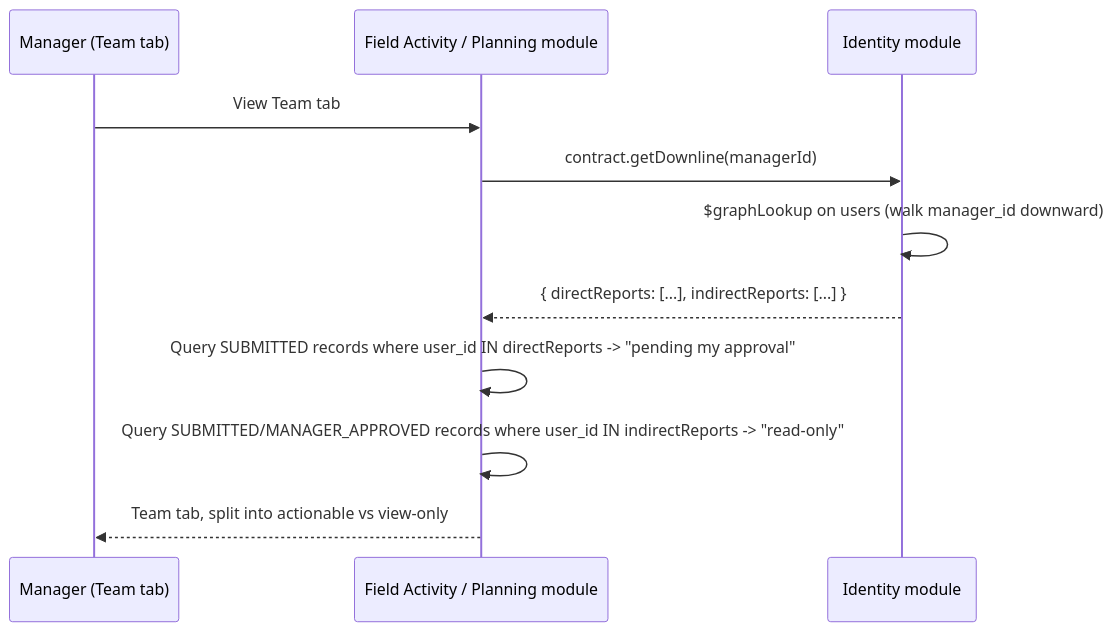
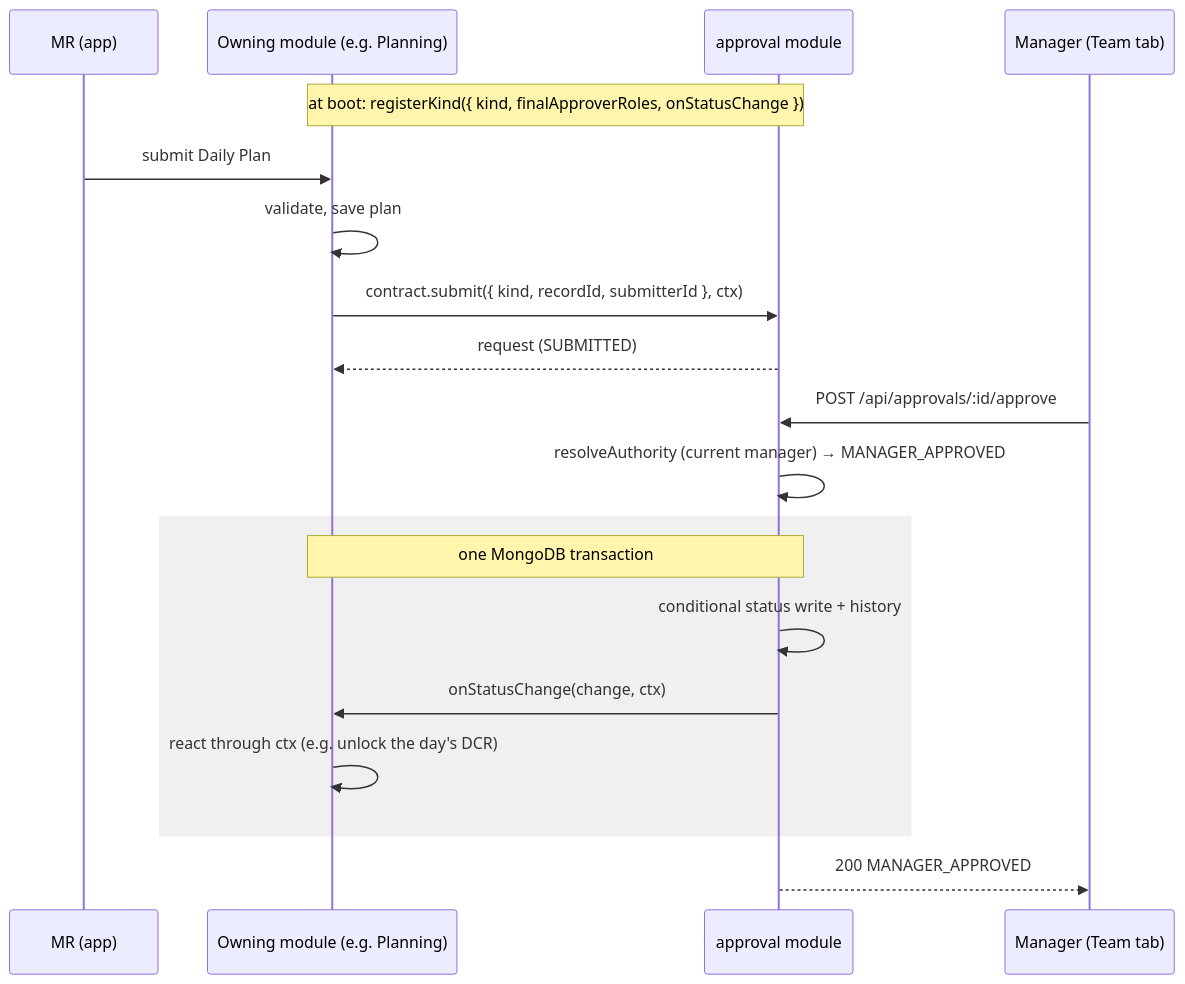
One commit to reboot-ai-private-limited/greynote changed the third of 3 diagrams in docs/hld/05-approval-workflow-engine.md. Above: the diagram before and after it, drawn with Mermaid. The commit also changed other lines of this file and 12 other files, not shown here.

First line of the commit message:
docs: rewrite HLD 05 for the approval module and add LLD/approval.md (Phase 3 step 5)

````diff
--- a/docs/hld/05-approval-workflow-engine.md
+++ b/docs/hld/05-approval-workflow-engine.md
@@ -25,14 +119,22 @@
 ```mermaid
 sequenceDiagram
+    participant MR as MR (app)
+    participant Owner as Owning module (e.g. Planning)
+    participant Appr as approval module
     participant Mgr as Manager (Team tab)
-    participant FA as Field Activity / Planning module
-    participant ID as Identity module
 
-    Mgr->>FA: View Team tab
-    FA->>ID: contract.getDownline(managerId)
-    ID->>ID: $graphLookup on users (walk manager_id downward)
-    ID-->>FA: { directReports: [...], indirectReports: [...] }
-    FA->>FA: Query SUBMITTED records where user_id IN directReports -> "pending my approval"
-    FA->>FA: Query SUBMITTED/MANAGER_APPROVED records where user_id IN indirectReports -> "read-only"
-    FA-->>Mgr: Team tab, split into actionable vs view-only
+    Note over Owner,Appr: at boot: registerKind({ kind, finalApproverRoles, onStatusChange })
+    MR->>Owner: submit Daily Plan
+    Owner->>Owner: validate, save plan
+    Owner->>Appr: contract.submit({ kind, recordId, submitterId }, ctx)
+    Appr-->>Owner: request (SUBMITTED)
+    Mgr->>Appr: POST /api/approvals/:id/approve
+    Appr->>Appr: resolveAuthority (current manager) → MANAGER_APPROVED
+    rect rgb(240, 240, 240)
+    Note over Appr,Owner: one MongoDB transaction
+    Appr->>Appr: conditional status write + history
+    Appr->>Owner: onStatusChange(change, ctx)
+    Owner->>Owner: react through ctx (e.g. unlock the day's DCR)
+    end
+    Appr-->>Mgr: 200 MANAGER_APPROVED
 ```
````
